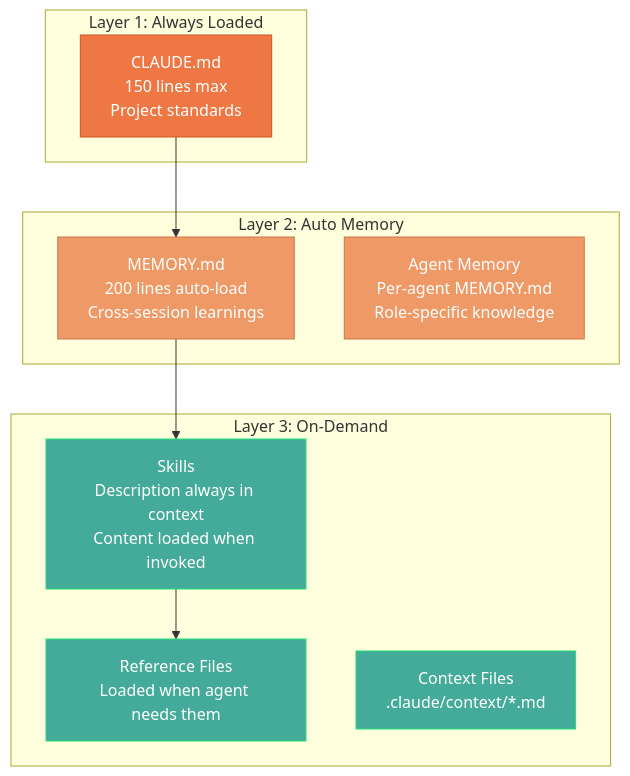
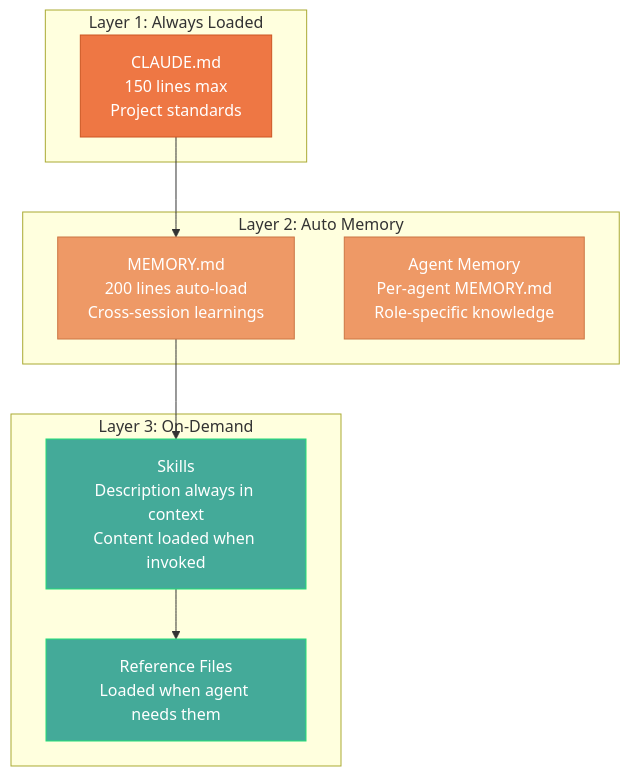
Before and after one commit to Muheng1992/symbiotic-engineering: diagram 12 of 18 in docs/AGENT-ARMY-DESIGN.md, drawn with Mermaid. The commit also changed other lines of this file and 46 other files, not shown here.

````diff
--- a/docs/AGENT-ARMY-DESIGN.md
+++ b/docs/AGENT-ARMY-DESIGN.md
@@ -714,28 +629,26 @@
 ```mermaid
 graph TB
     subgraph "Layer 1: Always Loaded"
         CM[CLAUDE.md<br/>150 lines max<br/>Project standards]
     end
 
     subgraph "Layer 2: Auto Memory"
         MM[MEMORY.md<br/>200 lines auto-load<br/>Cross-session learnings]
         AM[Agent Memory<br/>Per-agent MEMORY.md<br/>Role-specific knowledge]
     end
 
     subgraph "Layer 3: On-Demand"
         SK[Skills<br/>Description always in context<br/>Content loaded when invoked]
         RF[Reference Files<br/>Loaded when agent needs them]
-        CF[Context Files<br/>.claude/context/*.md]
     end
 
     CM --> MM
     MM --> SK
     SK --> RF
 
     style CM fill:#e74,stroke:#c52,color:#fff
     style MM fill:#e96,stroke:#c74,color:#fff
     style AM fill:#e96,stroke:#c74,color:#fff
     style SK fill:#4a9,stroke:#2d7,color:#fff
     style RF fill:#4a9,stroke:#2d7,color:#fff
-    style CF fill:#4a9,stroke:#2d7,color:#fff
 ```
````
